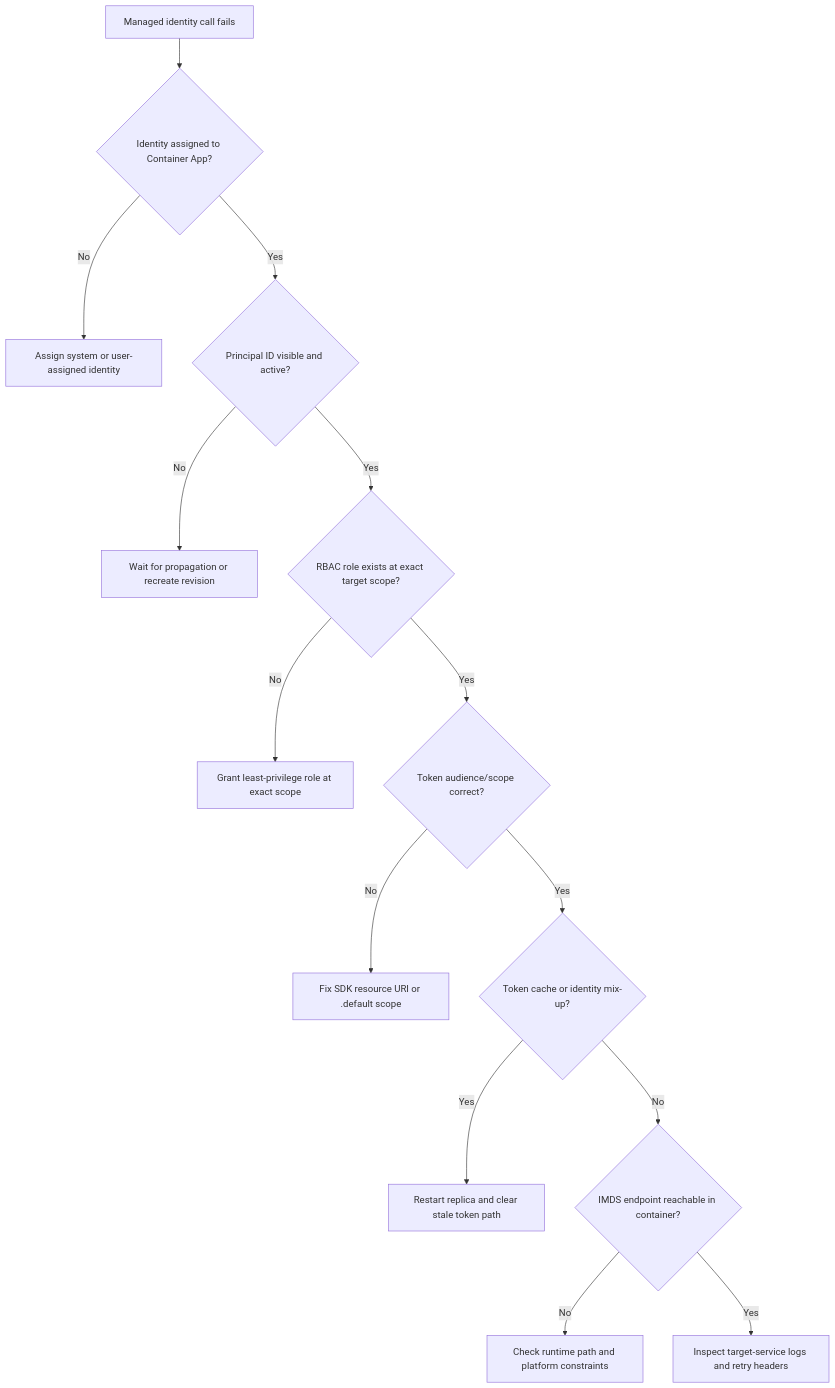
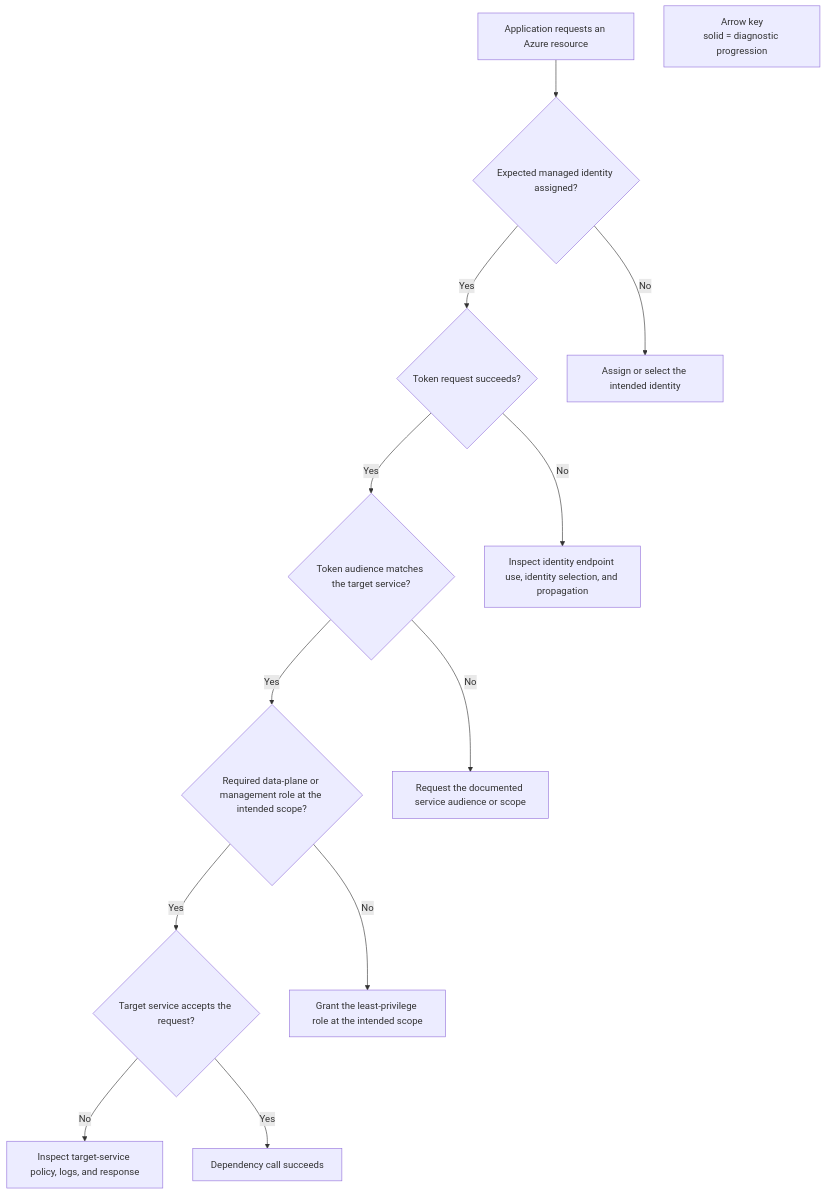
Before and after one commit to yeongseon/azure-container-apps-practical-guide: the diagram in docs/troubleshooting/playbooks/identity-and-configuration/managed-identity-auth-failure.md, drawn with Mermaid. The commit also changed other lines of this file and 23 other files, not shown here.

First line of the commit message:
docs(diagrams): migrate troubleshooting playbook diagrams (#626)

````diff
--- a/docs/troubleshooting/playbooks/identity-and-configuration/managed-identity-auth-failure.md
+++ b/docs/troubleshooting/playbooks/identity-and-configuration/managed-identity-auth-failure.md
@@ -42,16 +42,32 @@
 ```mermaid
-graph TD
-    A[Managed identity call fails] --> B{Identity assigned to Container App?}
-    B -->|No| C[Assign system or user-assigned identity]
-    B -->|Yes| D{Principal ID visible and active?}
-    D -->|No| E[Wait for propagation or recreate revision]
-    D -->|Yes| F{RBAC role exists at exact target scope?}
-    F -->|No| G[Grant least-privilege role at exact scope]
-    F -->|Yes| H{Token audience/scope correct?}
-    H -->|No| I[Fix SDK resource URI or .default scope]
-    H -->|Yes| J{Token cache or identity mix-up?}
-    J -->|Yes| K[Restart replica and clear stale token path]
-    J -->|No| L{IMDS endpoint reachable in container?}
-    L -->|No| M[Check runtime path and platform constraints]
-    L -->|Yes| N[Inspect target-service logs and retry headers]
+flowchart TD
+    accTitle: Diagnose a managed identity authorization failure
+    accDescr: Check identity assignment, token acquisition, token audience, and target-resource authorization as separate stages.
+
+    CALL[Application requests an Azure resource]
+    ASSIGNED{Expected managed identity assigned?}
+    TOKEN{Token request succeeds?}
+    AUDIENCE{Token audience matches the target service?}
+    AUTHZ{Required data-plane or management role at the intended scope?}
+    TARGET{Target service accepts the request?}
+    ASSIGN[Assign or select the intended identity]
+    TOKEN_FIX[Inspect identity endpoint use, identity selection, and propagation]
+    AUDIENCE_FIX[Request the documented service audience or scope]
+    RBAC_FIX[Grant the least-privilege role at the intended scope]
+    SERVICE[Inspect target-service policy, logs, and response]
+    SUCCESS[Dependency call succeeds]
+
+    CALL --> ASSIGNED
+    ASSIGNED -->|No| ASSIGN
+    ASSIGNED -->|Yes| TOKEN
+    TOKEN -->|No| TOKEN_FIX
+    TOKEN -->|Yes| AUDIENCE
+    AUDIENCE -->|No| AUDIENCE_FIX
+    AUDIENCE -->|Yes| AUTHZ
+    AUTHZ -->|No| RBAC_FIX
+    AUTHZ -->|Yes| TARGET
+    TARGET -->|No| SERVICE
+    TARGET -->|Yes| SUCCESS
+
+    LEGEND["Arrow key<br/>solid = diagnostic progression"]
 ```
````
